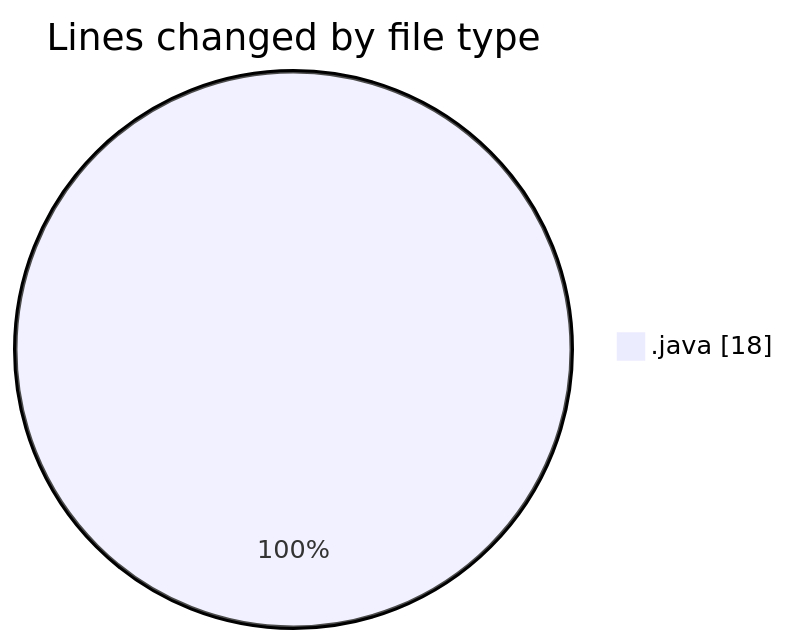
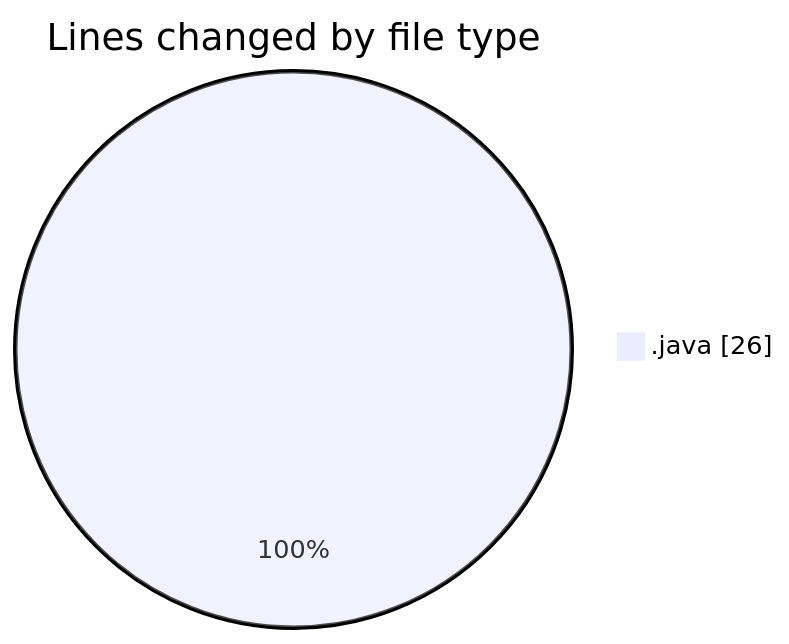
One commit to NitaiMahat/code-tracking changed the first of 2 diagrams in 2025-02-08/coding_prac_2/README.md. Above: the diagram before and after it, drawn with Mermaid. The commit also changed other lines of this file and 1 other file, not shown here.

````diff
--- a/2025-02-08/coding_prac_2/README.md
+++ b/2025-02-08/coding_prac_2/README.md
@@ -20,5 +20,5 @@
 ```mermaid
 pie showData
 title Lines changed by file type
-".java" : 18
+".java" : 26
 ```
````
